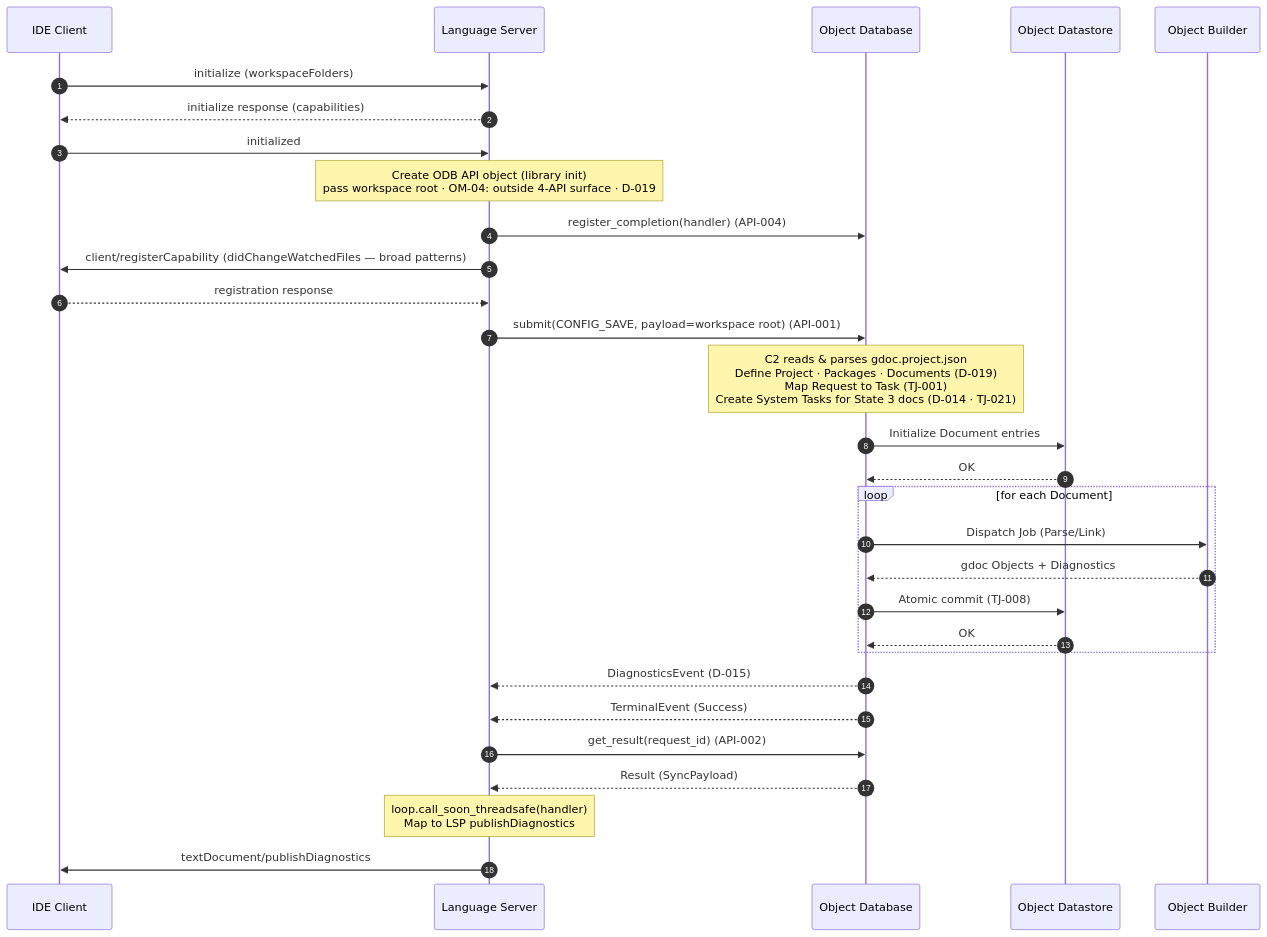
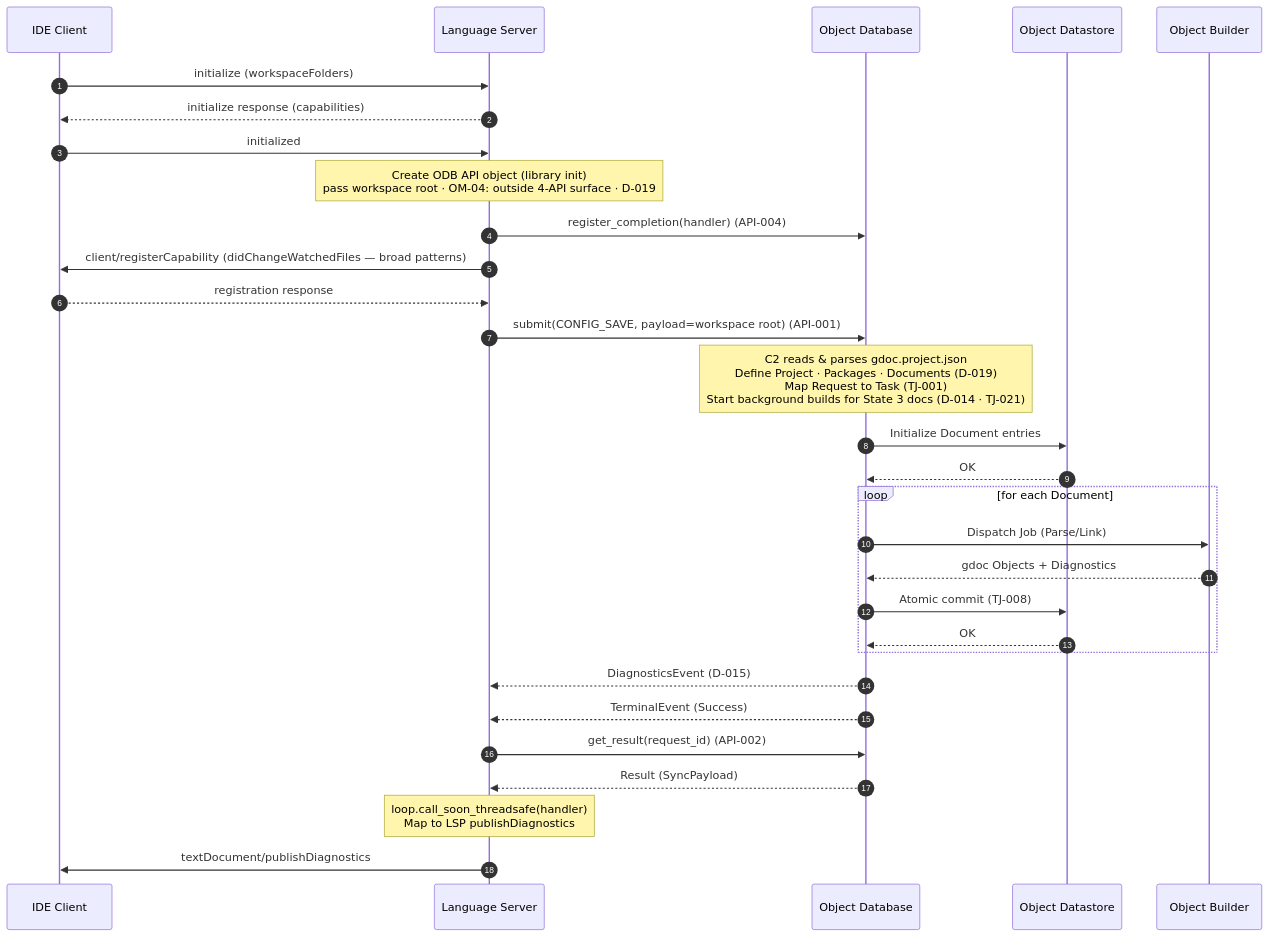
Before and after one commit to tyskdm/gdoc: the diagram in docs/architecture/gdocServer/usecases/UC-001_OpenWorkspace.md, drawn with Mermaid. The commit also changed other lines of this file and 10 other files, not shown here.

````diff
--- a/docs/architecture/gdocServer/usecases/UC-001_OpenWorkspace.md
+++ b/docs/architecture/gdocServer/usecases/UC-001_OpenWorkspace.md
@@ -187,33 +187,33 @@
 ```mermaid
 sequenceDiagram
     autonumber
     participant IDE as IDE Client
     participant C1 as Language Server
     participant C2 as Object Database
     participant C3 as Object Datastore
     participant C4 as Object Builder
 
     IDE->>C1: initialize (workspaceFolders)
     C1-->>IDE: initialize response (capabilities)
     IDE->>C1: initialized
     Note over C1: Create ODB API object (library init)<br/>pass workspace root · OM-04: outside 4-API surface · D-019
     C1->>C2: register_completion(handler) (API-004)
     C1->>IDE: client/registerCapability (didChangeWatchedFiles — broad patterns)
     IDE-->>C1: registration response
     C1->>C2: submit(CONFIG_SAVE, payload=workspace root) (API-001)
-    Note over C2: C2 reads & parses gdoc.project.json<br/>Define Project · Packages · Documents (D-019)<br/>Map Request to Task (TJ-001)<br/>Create System Tasks for State 3 docs (D-014 · TJ-021)
+    Note over C2: C2 reads & parses gdoc.project.json<br/>Define Project · Packages · Documents (D-019)<br/>Map Request to Task (TJ-001)<br/>Start background builds for State 3 docs (D-014 · TJ-021)
     C2->>C3: Initialize Document entries
     C3-->>C2: OK
     loop for each Document
         C2->>C4: Dispatch Job (Parse/Link)
         C4-->>C2: gdoc Objects + Diagnostics
         C2->>C3: Atomic commit (TJ-008)
         C3-->>C2: OK
     end
     C2-->>C1: DiagnosticsEvent (D-015)
     C2-->>C1: TerminalEvent (Success)
     C1->>C2: get_result(request_id) (API-002)
     C2-->>C1: Result (SyncPayload)
     Note over C1: loop.call_soon_threadsafe(handler)<br/>Map to LSP publishDiagnostics
     C1->>IDE: textDocument/publishDiagnostics
 ```
````
